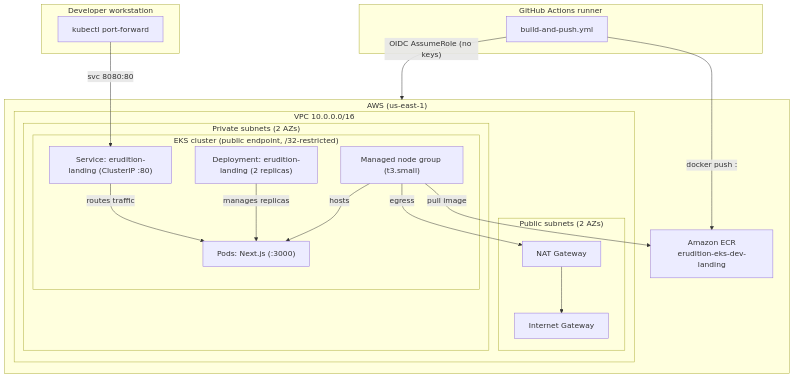
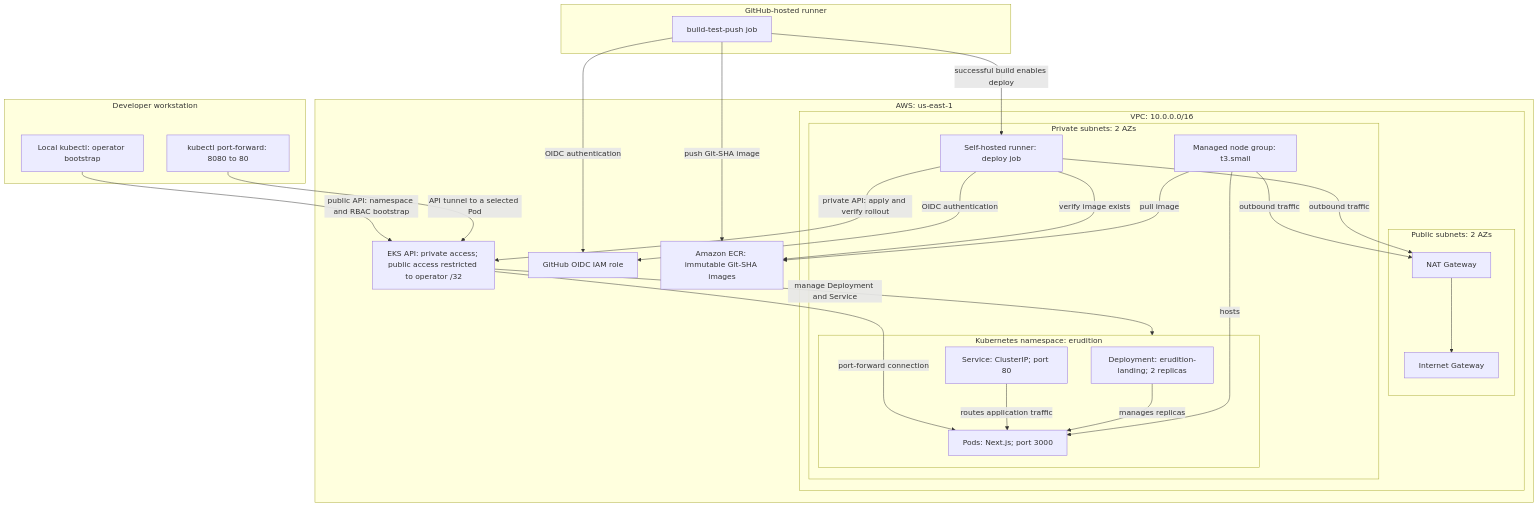
Before and after one commit to charltonmc2024/eks-github-actions: the diagram in README.md, drawn with Mermaid. The commit also changed other lines of this file and 16 other files, not shown here.

Commit message:
Auto EKS Deploy

````diff
--- a/README.md
+++ b/README.md
@@ -21,34 +46,53 @@
 ```mermaid
 flowchart TD
   subgraph dev["Developer workstation"]
-    KPF["kubectl port-forward"]
+    KPF["kubectl port-forward: 8080 to 80"]
+    LOCAL["Local kubectl: operator bootstrap"]
   end
-  subgraph gha["GitHub Actions runner"]
-    WF["build-and-push.yml"]
+
+  subgraph gha["GitHub-hosted runner"]
+    WF["build-test-push job"]
   end
-  subgraph aws["AWS (us-east-1)"]
-    ECR["Amazon ECR<br/>erudition-eks-dev-landing"]
-    subgraph vpc["VPC 10.0.0.0/16"]
-      subgraph pub["Public subnets (2 AZs)"]
+
+  subgraph aws["AWS: us-east-1"]
+    IAM["GitHub OIDC IAM role"]
+    ECR["Amazon ECR: immutable Git-SHA images"]
+    API["EKS API: private access; public access restricted to operator /32"]
+
+    subgraph vpc["VPC: 10.0.0.0/16"]
+      subgraph pub["Public subnets: 2 AZs"]
+        IGW["Internet Gateway"]
         NAT["NAT Gateway"]
-        IGW["Internet Gateway"]
       end
-      subgraph priv["Private subnets (2 AZs)"]
-        subgraph eks["EKS cluster (public endpoint, /32-restricted)"]
-          NG["Managed node group (t3.small)"]
-          DEP["Deployment: erudition-landing (2 replicas)"]
-          SVC["Service: erudition-landing (ClusterIP :80)"]
-          PODS["Pods: Next.js (:3000)"]
+
+      subgraph priv["Private subnets: 2 AZs"]
+        RUNNER["Self-hosted runner: deploy job"]
+        NG["Managed node group: t3.small"]
+        subgraph workloads["Kubernetes namespace: erudition"]
+          DEP["Deployment: erudition-landing; 2 replicas"]
+          SVC["Service: ClusterIP; port 80"]
+          PODS["Pods: Next.js; port 3000"]
         end
       end
     end
   end
-  WF -- "OIDC AssumeRole (no keys)" --> aws
-  WF -- "docker push :<git-sha>" --> ECR
+
+  WF -- "OIDC authentication" --> IAM
+  WF -- "push Git-SHA image" --> ECR
+  WF -- "successful build enables deploy" --> RUNNER
+  RUNNER -- "OIDC authentication" --> IAM
+  RUNNER -- "verify image exists" --> ECR
+  RUNNER -- "private API: apply and verify rollout" --> API
+  LOCAL -- "public API: namespace and RBAC bootstrap" --> API
+  API -- "manage Deployment and Service" --> workloads
   NG -- "pull image" --> ECR
-  NG -- "egress" --> NAT --> IGW
-  KPF -- "svc 8080:80" --> SVC
-  SVC -- "routes traffic" --> PODS
+  NG -- "outbound traffic" --> NAT
+  RUNNER -- "outbound traffic" --> NAT
+  NAT --> IGW
+  KPF -- "API tunnel to a selected Pod" --> API
+  API -- "port-forward connection" --> PODS
+  SVC -- "routes application traffic" --> PODS
   DEP -- "manages replicas" --> PODS
   NG -- "hosts" --> PODS
+
 ```
````
